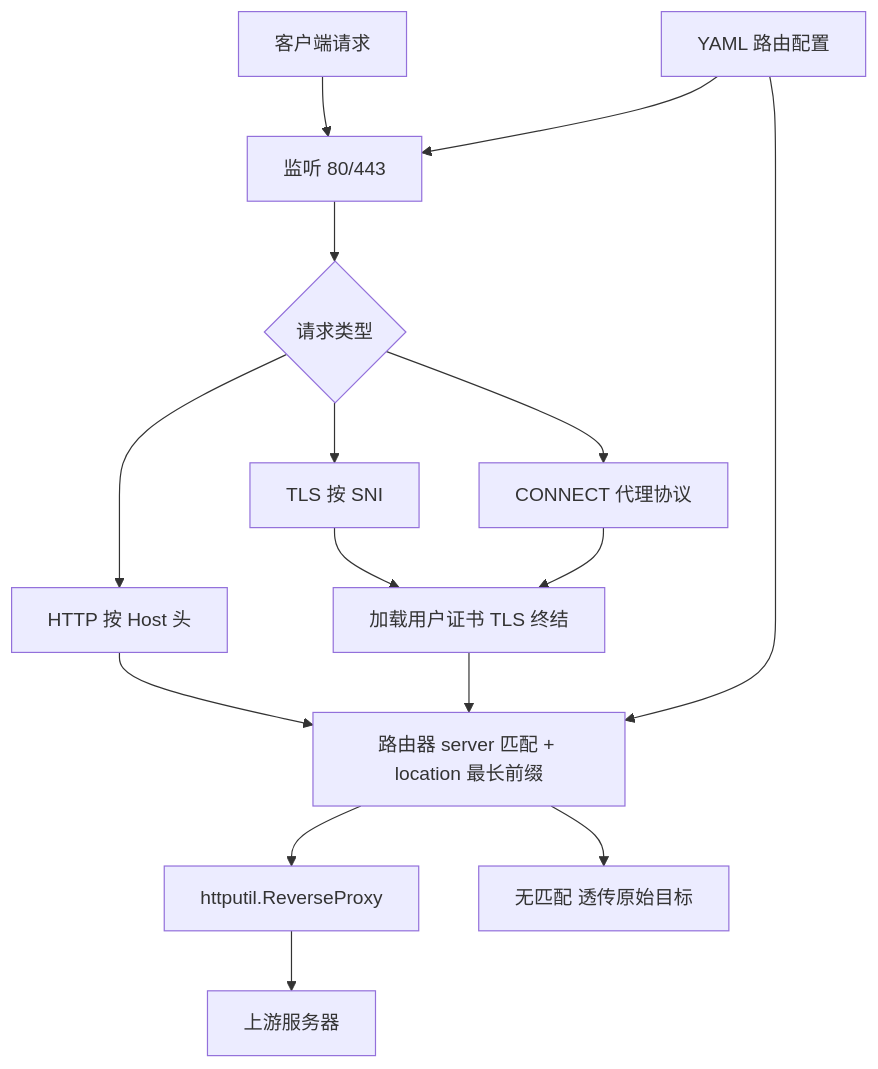
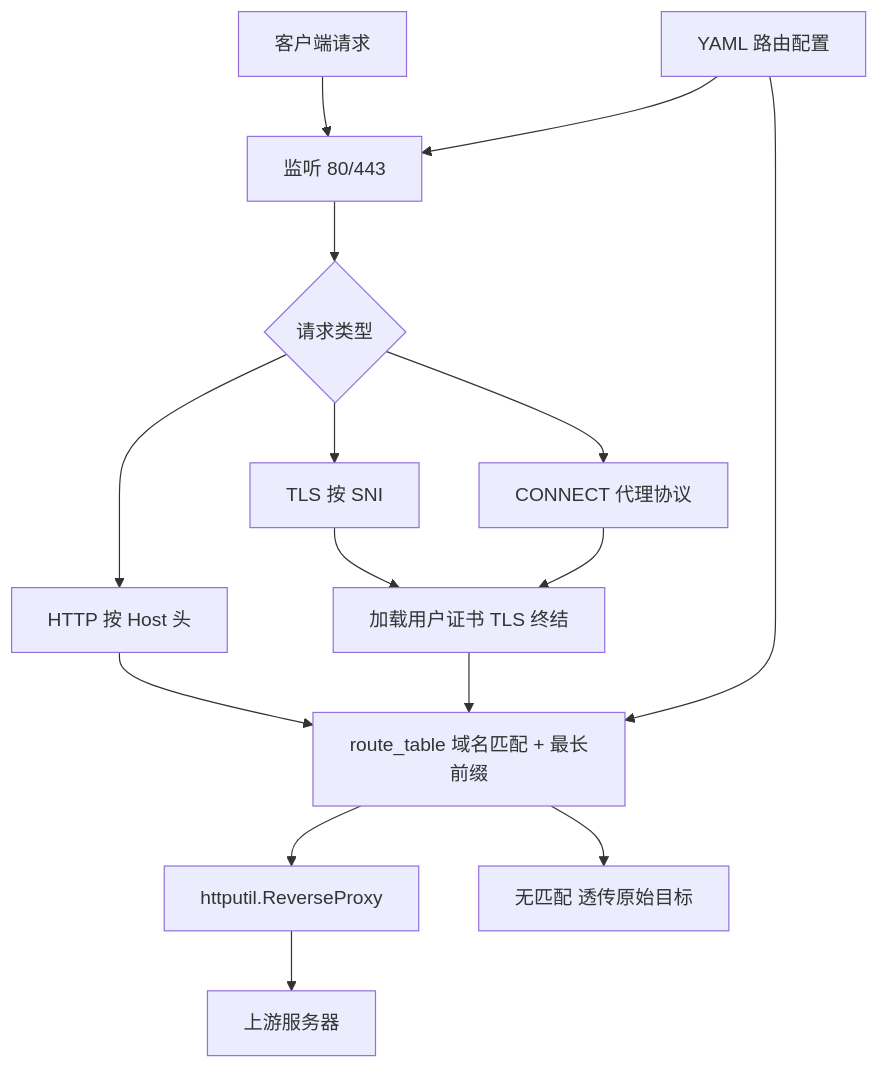
The first of 4 diagrams in .monkeycode/specs/mrp/design.md (isunk/MyReverseProxy), drawn with Mermaid before and after one commit. The commit also changed other lines of this file and 10 other files, not shown here.

Commit message:
refactor: 拆分多文件并采用单词式命名，新增 UML 图与 AGENTS 规范 Co-authored-by: monkeycode-ai <monkeycode-ai@chaitin.com>

````diff
--- a/.monkeycode/specs/mrp/design.md
+++ b/.monkeycode/specs/mrp/design.md
@@ -12,17 +12,17 @@
 ```mermaid
 graph TD
     A["客户端请求"] --> B["监听 80/443"]
     B --> C{"请求类型"}
     C --> D["HTTP 按 Host 头"]
     C --> E["TLS 按 SNI"]
     C --> F["CONNECT 代理协议"]
     E --> G["加载用户证书 TLS 终结"]
     F --> G
-    D --> H["路由器 server 匹配 + location 最长前缀"]
+    D --> H["route_table 域名匹配 + 最长前缀"]
     G --> H
     H --> I["httputil.ReverseProxy"]
     I --> J["上游服务器"]
     H --> K["无匹配 透传原始目标"]
     L["YAML 路由配置"] --> B
     L --> H
 ```
````
